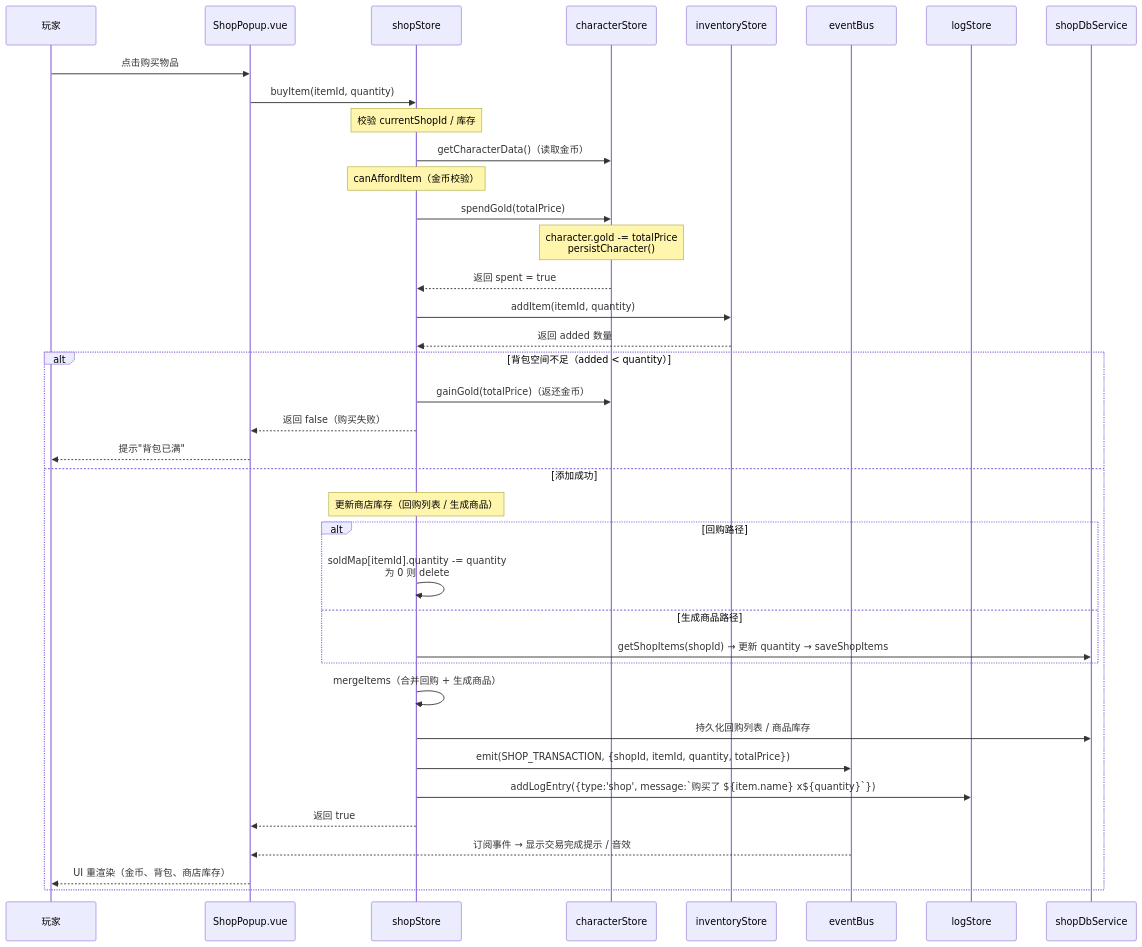
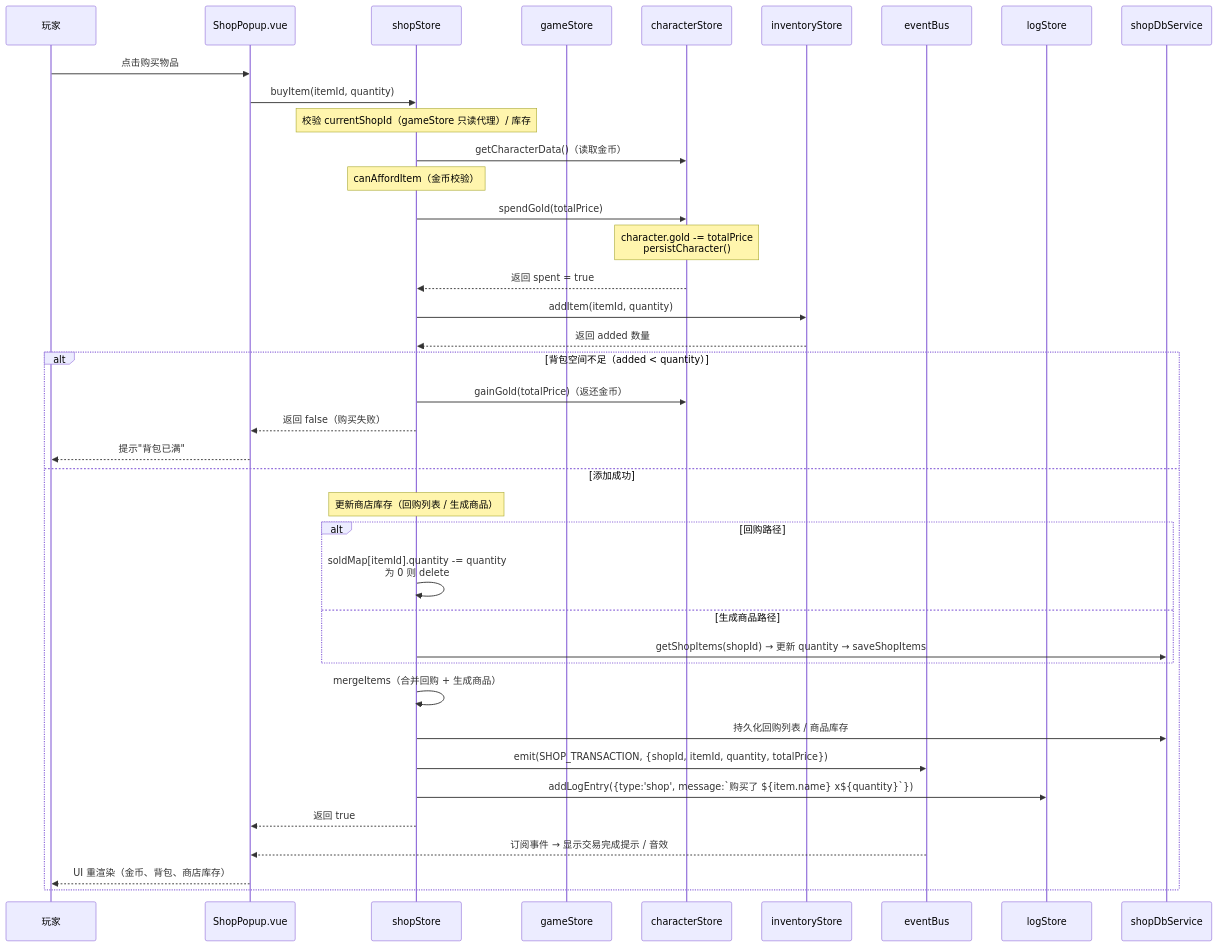
Before and after one commit to SonDemigods/wow_dnd: the eighth of 18 diagrams in doc/project/DATA_FLOW.md, drawn with Mermaid. The commit also changed other lines of this file and 55 other files, not shown here.

````diff
--- a/doc/project/DATA_FLOW.md
+++ b/doc/project/DATA_FLOW.md
@@ -382,45 +412,46 @@
 ```mermaid
 sequenceDiagram
     %% 商店购买流程：原子性保障
     participant U as 玩家
     participant V as ShopPopup.vue
     participant ShS as shopStore
+    participant GS as gameStore
     participant CharS as characterStore
     participant InvS as inventoryStore
     participant Bus as eventBus
     participant LS as logStore
     participant DB as shopDbService
 
     U->>V: 点击购买物品
     V->>ShS: buyItem(itemId, quantity)
-    Note over ShS: 校验 currentShopId / 库存
+    Note over ShS: 校验 currentShopId（gameStore 只读代理）/ 库存
     ShS->>CharS: getCharacterData()（读取金币）
     Note over ShS: canAffordItem（金币校验）
 
     ShS->>CharS: spendGold(totalPrice)
     Note over CharS: character.gold -= totalPrice<br/>persistCharacter()
     CharS-->>ShS: 返回 spent = true
 
     ShS->>InvS: addItem(itemId, quantity)
     InvS-->>ShS: 返回 added 数量
 
     alt 背包空间不足（added < quantity）
         ShS->>CharS: gainGold(totalPrice)（返还金币）
         ShS-->>V: 返回 false（购买失败）
         V-->>U: 提示"背包已满"
     else 添加成功
         Note over ShS: 更新商店库存（回购列表 / 生成商品）
         alt 回购路径
             ShS->>ShS: soldMap[itemId].quantity -= quantity<br/>为 0 则 delete
         else 生成商品路径
             ShS->>DB: getShopItems(shopId) → 更新 quantity → saveShopItems
         end
         ShS->>ShS: mergeItems（合并回购 + 生成商品）
         ShS->>DB: 持久化回购列表 / 商品库存
         ShS->>Bus: emit(SHOP_TRANSACTION, {shopId, itemId, quantity, totalPrice})
         ShS->>LS: addLogEntry({type:'shop', message:`购买了 ${item.name} x${quantity}`})
         ShS-->>V: 返回 true
         Bus-->>V: 订阅事件 → 显示交易完成提示 / 音效
         V-->>U: UI 重渲染（金币、背包、商店库存）
     end
 ```
````
